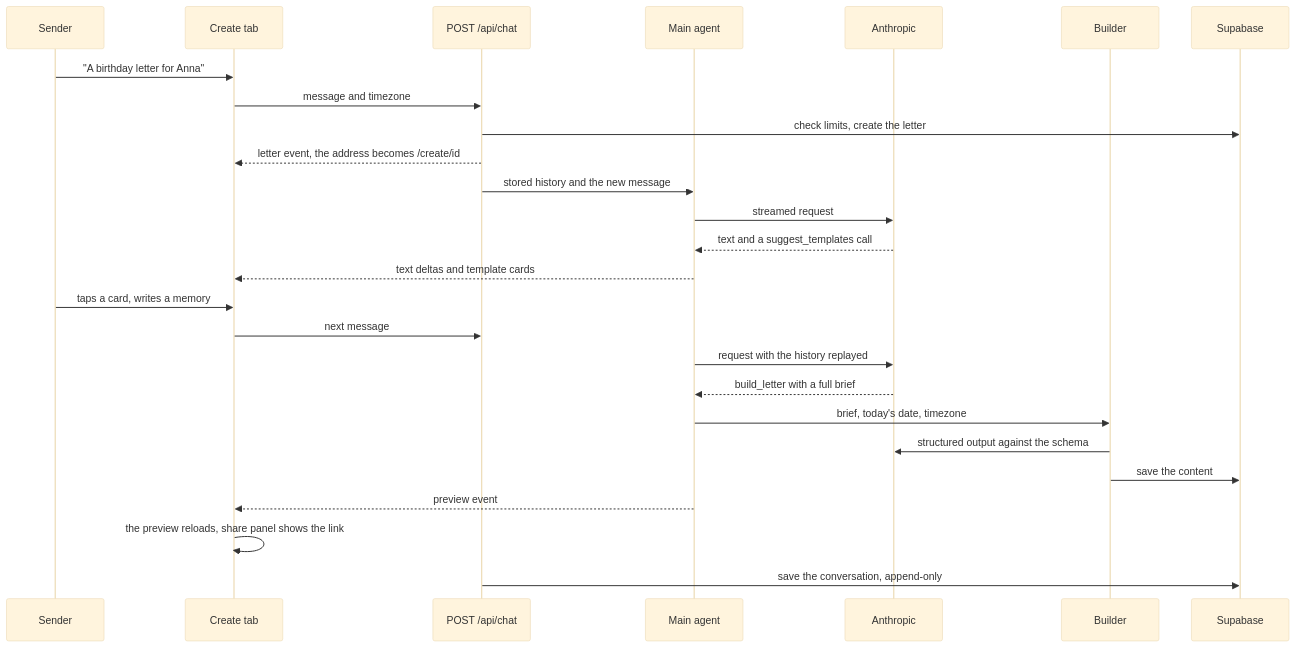
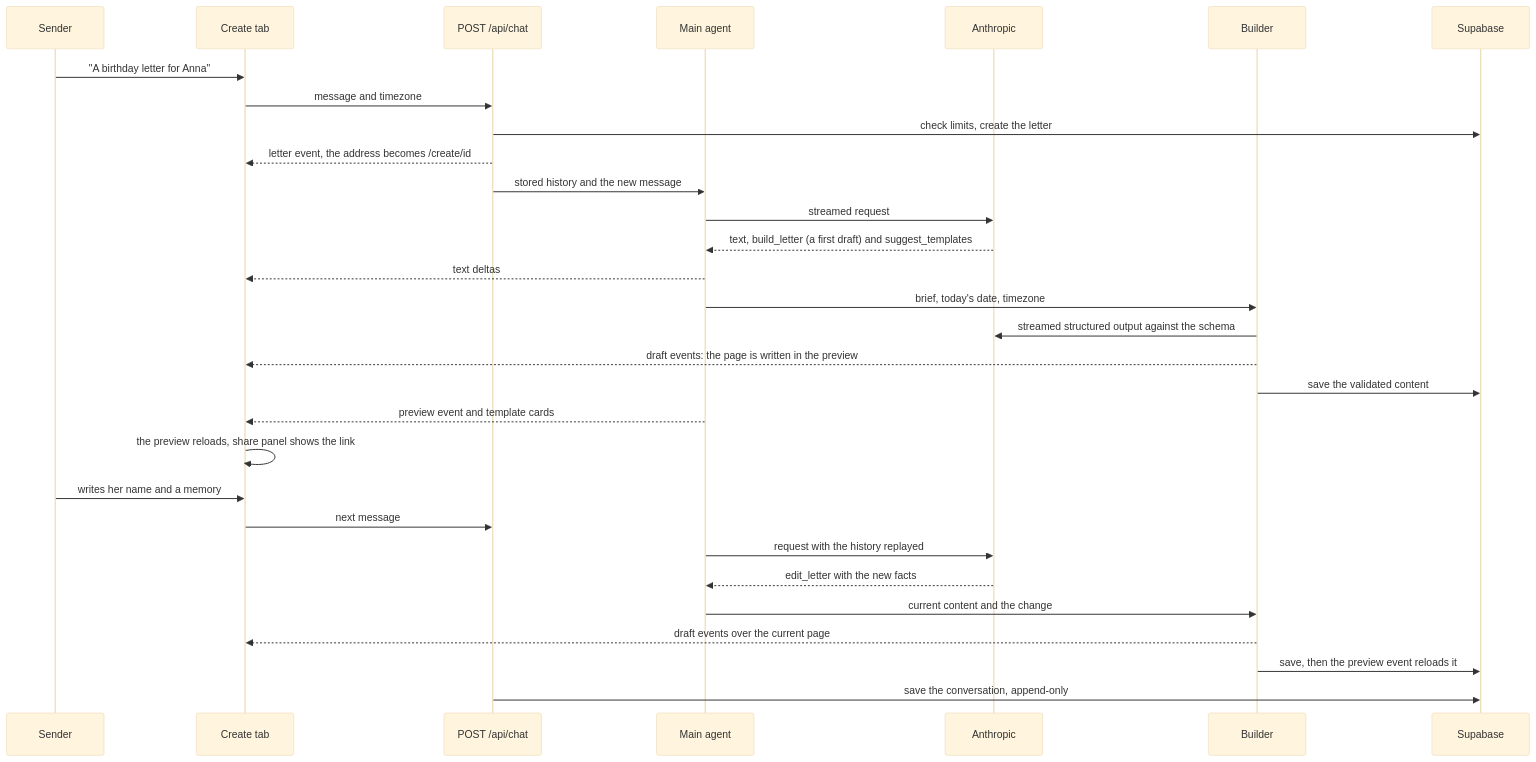
Before and after one commit to peresramirez/majnu: the third of 5 diagrams in docs/architecture.md, drawn with Mermaid (base theme). The commit also changed other lines of this file and 3 other files, not shown here.

First line of the commit message:
Document the live preview in the plan and the letters chat page

````diff
--- a/docs/architecture.md
+++ b/docs/architecture.md
@@ -121,28 +121,32 @@
 ```mermaid
 sequenceDiagram
   participant S as Sender
   participant C as Create tab
   participant R as POST /api/chat
   participant M as Main agent
   participant A as Anthropic
   participant B as Builder
   participant DB as Supabase
   S->>C: "A birthday letter for Anna"
   C->>R: message and timezone
   R->>DB: check limits, create the letter
   R-->>C: letter event, the address becomes /create/id
   R->>M: stored history and the new message
   M->>A: streamed request
-  A-->>M: text and a suggest_templates call
-  M-->>C: text deltas and template cards
-  S->>C: taps a card, writes a memory
+  A-->>M: text, build_letter (a first draft) and suggest_templates
+  M-->>C: text deltas
+  M->>B: brief, today's date, timezone
+  B->>A: streamed structured output against the schema
+  B-->>C: draft events: the page is written in the preview
+  B->>DB: save the validated content
+  M-->>C: preview event and template cards
+  C->>C: the preview reloads, share panel shows the link
+  S->>C: writes her name and a memory
   C->>R: next message
   M->>A: request with the history replayed
-  A-->>M: build_letter with a full brief
-  M->>B: brief, today's date, timezone
-  B->>A: structured output against the schema
-  B->>DB: save the content
-  M-->>C: preview event
-  C->>C: the preview reloads, share panel shows the link
+  A-->>M: edit_letter with the new facts
+  M->>B: current content and the change
+  B-->>C: draft events over the current page
+  B->>DB: save, then the preview event reloads it
   R->>DB: save the conversation, append-only
 ```
````
